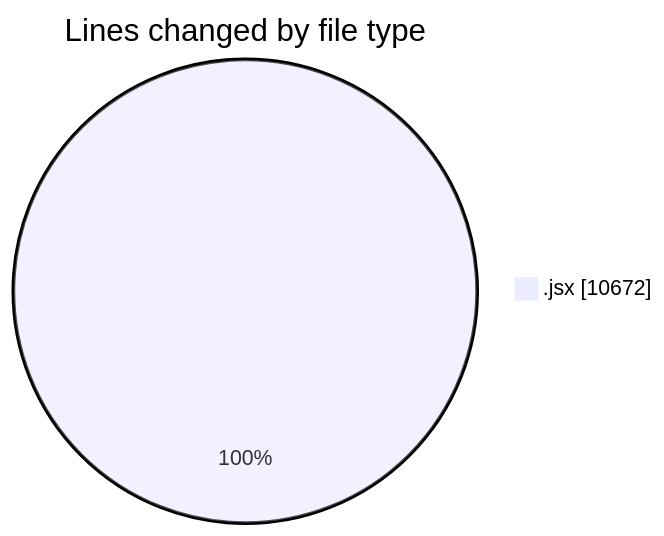
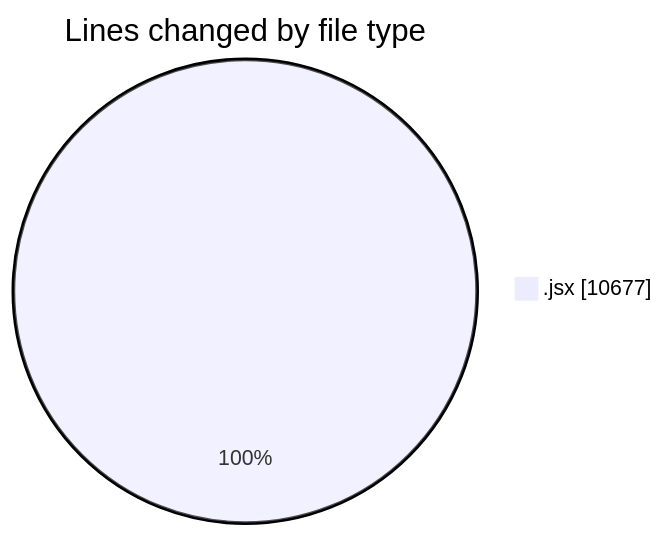
One commit to nxtqubesakshisongat/code-tracking changed the first of 2 diagrams in 2025-05-26/nxtqube_webapp/README.md. Above: the diagram before and after it, drawn with Mermaid. The commit also changed other lines of this file and 1 other file, not shown here.

````diff
--- a/2025-05-26/nxtqube_webapp/README.md
+++ b/2025-05-26/nxtqube_webapp/README.md
@@ -23,5 +23,5 @@
 ```mermaid
 pie showData
 title Lines changed by file type
-".jsx" : 10672
+".jsx" : 10677
 ```
````
